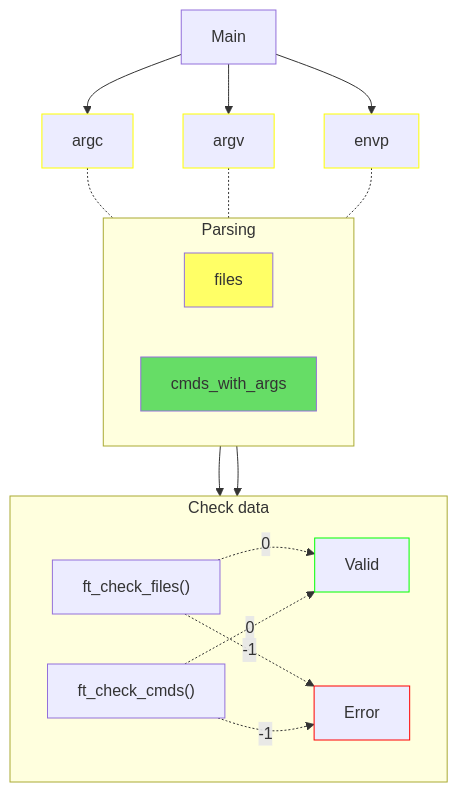
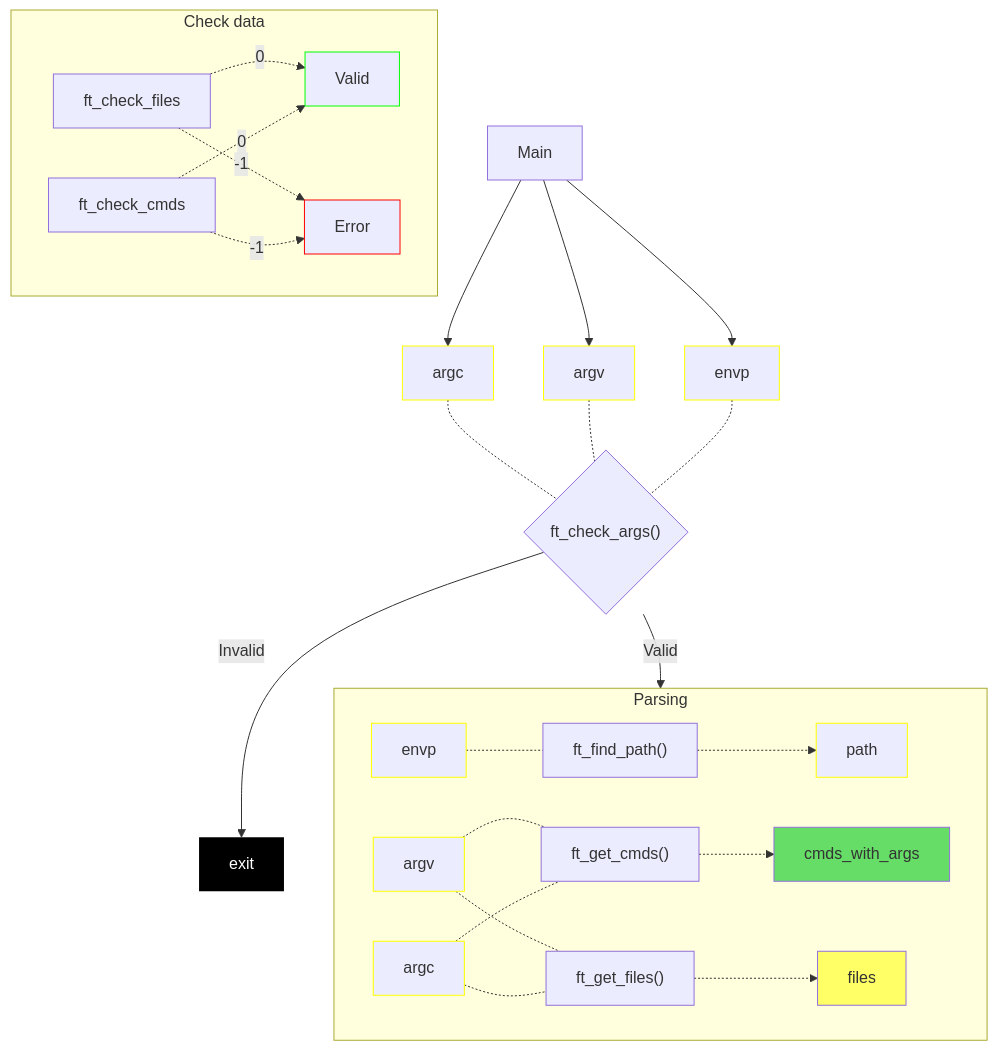
The second of 9 diagrams in Pipex/README.md (Tablerase/42_Projects), drawn with Mermaid before and after one commit. The commit also changed other lines of this file, not shown here.

````diff
--- a/Pipex/README.md
+++ b/Pipex/README.md
@@ -82,37 +82,47 @@
 ```mermaid
 flowchart TB
   classDef cmd fill:#6d6;
   classDef file fill:#ff6;
   classDef filedescriptor fill:#fa0;
   classDef note fill:#c4c4c4,stroke-width:0.5px;
+  classDef exit fill:#000,stroke:none,color:#fff,stroke-width:2px;
   classDef valid stroke:#0f0
   classDef invalid stroke:#f00
   classDef neutral stroke:#00f
   classDef data stroke:#ff0
   classDef free stroke:#f0f8ff
   classDef nodes stroke:#ee82ee
   classDef padded stroke:#00f,stroke-width:3px
   classDef point fill:#f9f,stroke:#333,stroke-width:2px
   Main --> argc:::data
   Main --> argv:::data
   Main --> envp:::data
-  argc -.- A
-  argv -.- A
-  envp -.- A
+  ft_check_args{"ft_check_args()"}
+  argc -.- ft_check_args
+  argv -.- ft_check_args
+  envp -.- ft_check_args
+  ft_check_args --> |Valid| A
+  ft_check_args --> |Invalid| exit:::exit
   subgraph A["Parsing"]
     direction LR
+    path:::data
+    envp2[envp]:::data -.- ft_find_path["ft_find_path()"]
+    ft_find_path -.-> path
     files:::file
-    cmds_with_args:::cmd
+    argv2[argv]:::data -.- ft_get_cmds["ft_get_cmds()"]
+    argc2[argc]:::data -.- ft_get_cmds
+    ft_get_cmds -.-> cmds_with_args:::cmd
+    argv2 -.- ft_get_files["ft_get_files()"]
+    argc2 -.- ft_get_files
+    ft_get_files -.-> files
   end
   subgraph B["Check data"]
     direction LR
     Valid:::valid
     Error:::invalid
-    files --> ft_check_files["ft_check_files()"]
     ft_check_files -.-> |0| Valid
     ft_check_files -.-> |-1| Error
-    cmds_with_args --> ft_check_cmds["ft_check_cmds()"]
     ft_check_cmds -.-> |0| Valid
     ft_check_cmds -.-> |-1| Error
   end
 ```
````
